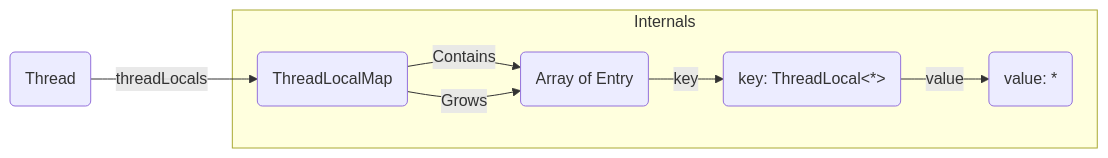
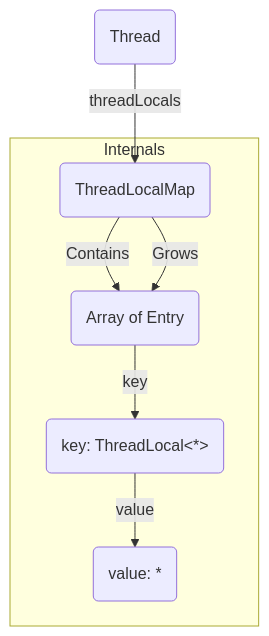
One commit to realjenius/realjenius.com changed the first of 4 diagrams in content/post/java/scoped-values.md. Above: the diagram before and after it, drawn with Mermaid. The commit also changed other lines of this file, not shown here.

```diff
--- a/content/post/java/scoped-values.md
+++ b/content/post/java/scoped-values.md
@@ -198,14 +198,14 @@
 {{< mermaid >}}
-graph LR
+graph TD
 A(Thread) -- threadLocals --> B(ThreadLocalMap) 
 B -- Contains --> C(Array of Entry)
 B -- Grows --> C
 C --key --> D(key: ThreadLocal<*>)
 D -- value --> E(value: *)
 subgraph Internals
 B
 C
 D
 E
 end
 {{< /mermaid >}}
```
